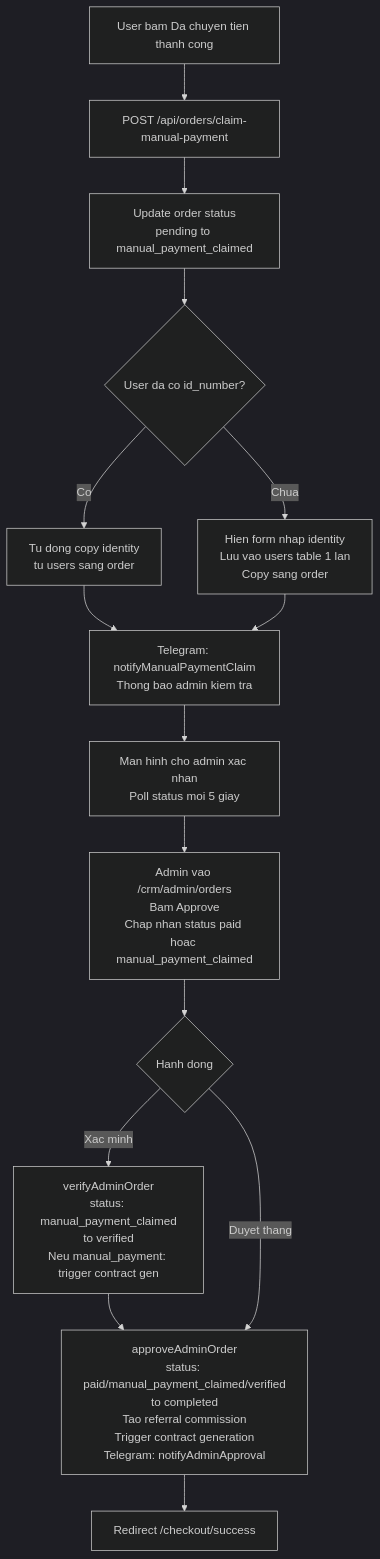
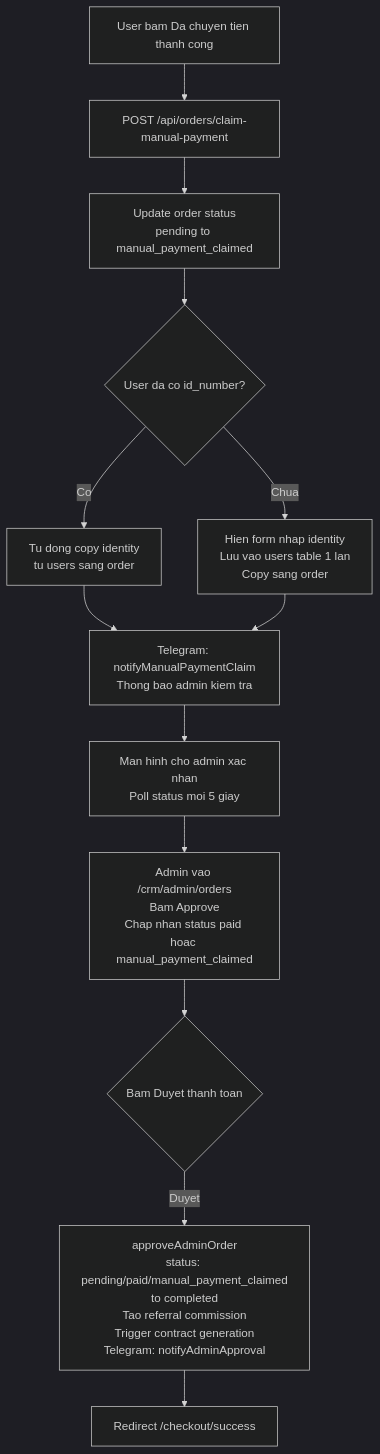
Before and after one commit to deptrai/dainganxanh: the third of 10 diagrams in docs/userflow.md, drawn with Mermaid (dark theme). The commit also changed other lines of this file and 247 other files, not shown here.

````diff
--- a/docs/userflow.md
+++ b/docs/userflow.md
@@ -124,22 +125,20 @@
 ```mermaid
 flowchart TD
     UserClaim[User bam Da chuyen tien thanh cong] --> ClaimAPI[POST /api/orders/claim-manual-payment]
     ClaimAPI --> UpdateStatus[Update order status<br>pending to manual_payment_claimed]
     UpdateStatus --> AutoFillIdentity{User da co id_number?}
 
     AutoFillIdentity -->|Co| CopyToOrder[Tu dong copy identity<br>tu users sang order]
     CopyToOrder --> TelegramNotify
     AutoFillIdentity -->|Chua| ShowForm[Hien form nhap identity<br>Luu vao users table 1 lan<br>Copy sang order]
     ShowForm --> TelegramNotify
 
     TelegramNotify[Telegram: notifyManualPaymentClaim<br>Thong bao admin kiem tra]
 
     TelegramNotify --> WaitingScreen[Man hinh cho admin xac nhan<br>Poll status moi 5 giay]
 
     WaitingScreen --> AdminApprove[Admin vao /crm/admin/orders<br>Bam Approve<br>Chap nhan status paid hoac manual_payment_claimed]
-    AdminApprove --> VerifyOrApprove{Hanh dong}
-    VerifyOrApprove -->|Xac minh| VerifyOrder2[verifyAdminOrder<br>status: manual_payment_claimed<br>to verified<br>Neu manual_payment: trigger contract gen]
-    VerifyOrder2 --> CompleteOrder
-    VerifyOrApprove -->|Duyet thang| CompleteOrder[approveAdminOrder<br>status: paid/manual_payment_claimed/verified<br>to completed<br>Tao referral commission<br>Trigger contract generation<br>Telegram: notifyAdminApproval]
+    AdminApprove --> VerifyOrApprove{Bam Duyet thanh toan}
+    VerifyOrApprove -->|Duyet| CompleteOrder[approveAdminOrder<br>status: pending/paid/manual_payment_claimed<br>to completed<br>Tao referral commission<br>Trigger contract generation<br>Telegram: notifyAdminApproval]
     CompleteOrder --> RedirectSuccess[Redirect /checkout/success]
 ```
````
